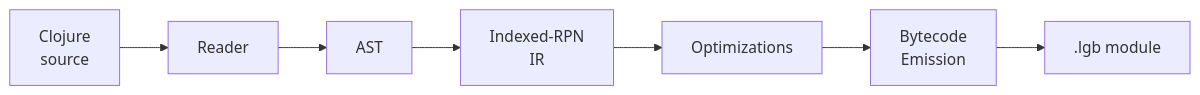
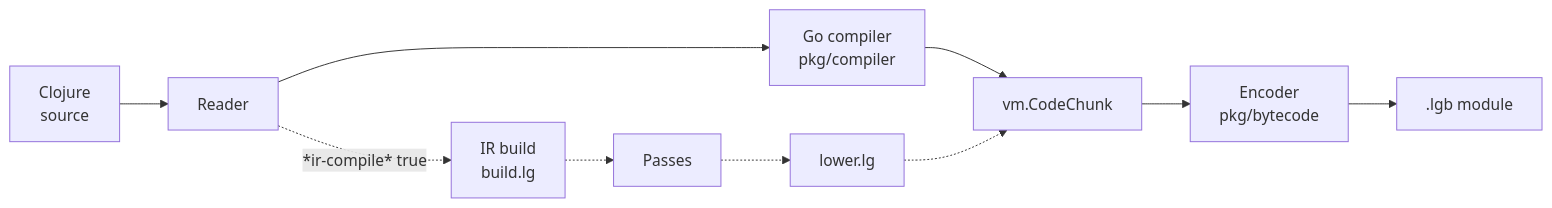
The diagram in concepts/bytecode-compiler.md (nnunley/let-go-wiki), drawn with Mermaid before and after one commit. The commit also changed other lines of this file and 22 other files, not shown here.

````diff
--- a/concepts/bytecode-compiler.md
+++ b/concepts/bytecode-compiler.md
@@ -20,9 +25,12 @@
 ```mermaid
 flowchart LR
     S["Clojure<br/>source"] --> R[Reader]
-    R --> AST[AST]
-    AST --> IR["Indexed-RPN<br/>IR"]
-    IR --> O[Optimizations]
-    O --> E["Bytecode<br/>Emission"]
+    R --> C["Go compiler<br/>pkg/compiler"]
+    R -.->|"*ir-compile* true"| B["IR build<br/>build.lg"]
+    B -.-> P["Passes"]
+    P -.-> L["lower.lg"]
+    C --> CH["vm.CodeChunk"]
+    L -.-> CH
+    CH --> E["Encoder<br/>pkg/bytecode"]
     E --> LGB[".lgb module"]
 ```
````
